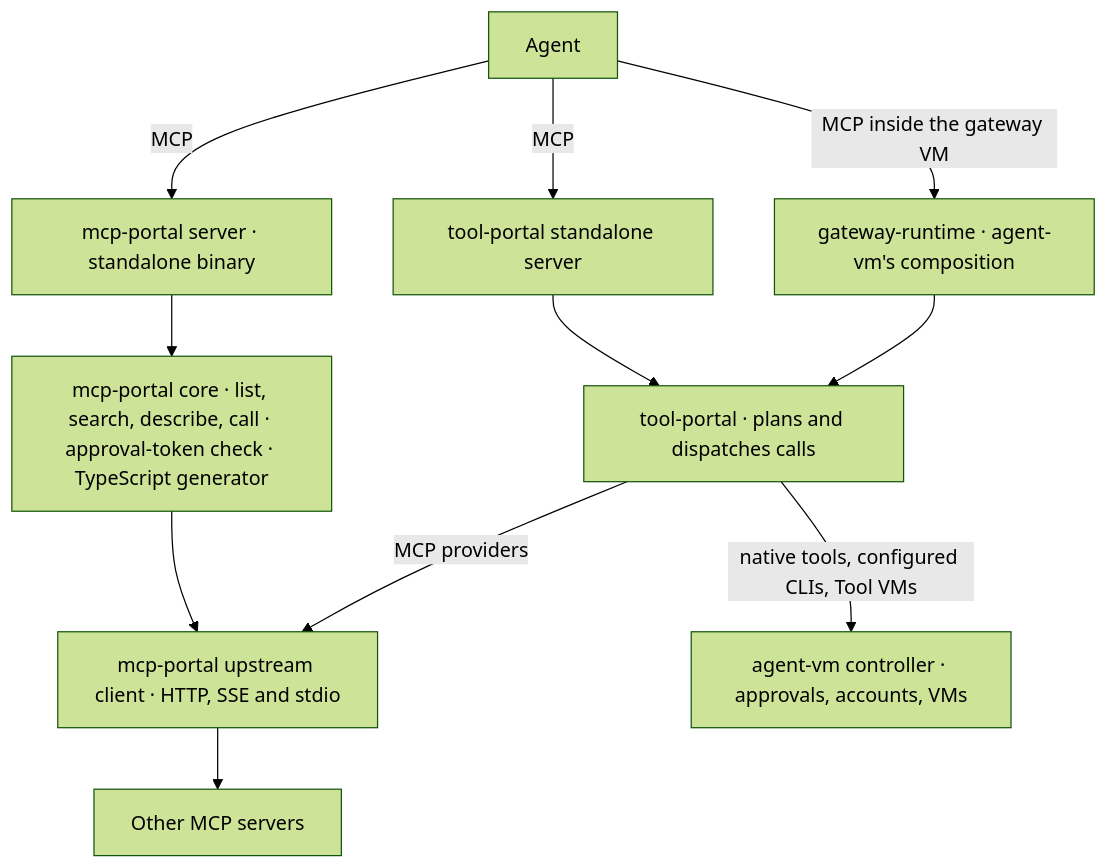
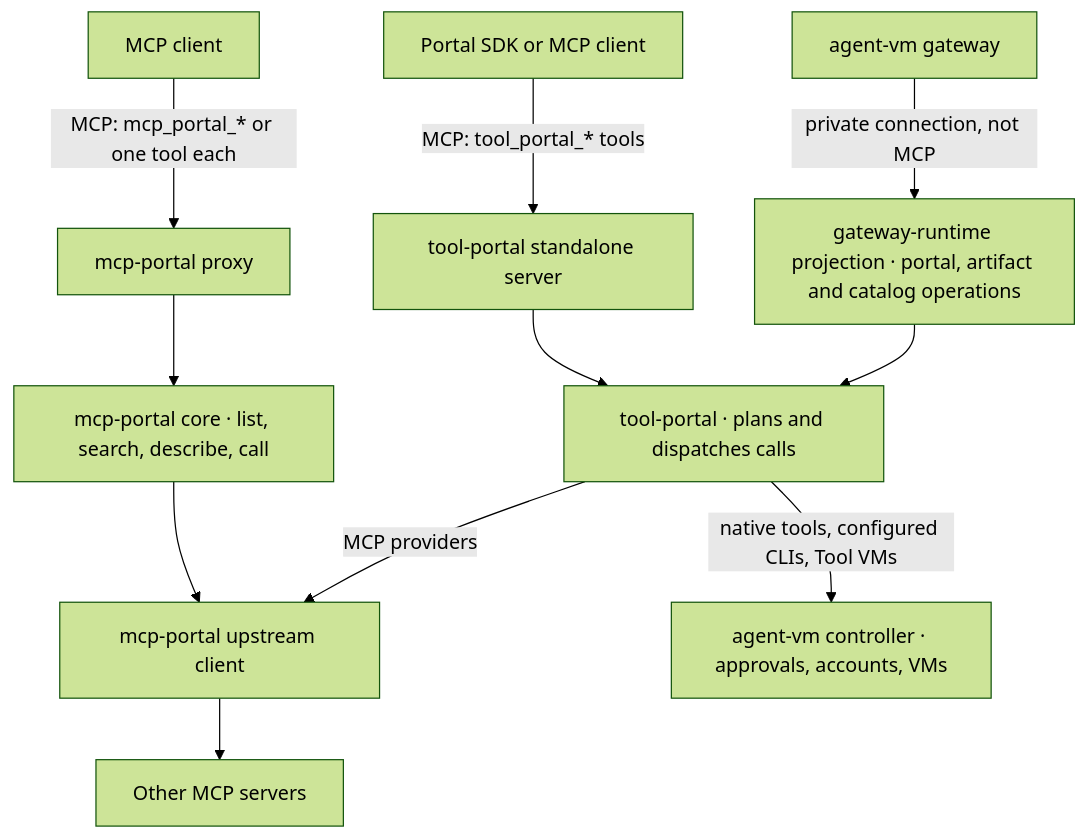
The first of 3 diagrams in docs/specs/2026-10-14-portable-tool-portal-hosts/program-design.md (ShravanSunder/agent-vm), drawn with Mermaid (forest theme) before and after one commit. The commit also changed other lines of this file and 5 other files, not shown here.

````diff
--- a/docs/specs/2026-10-14-portable-tool-portal-hosts/program-design.md
+++ b/docs/specs/2026-10-14-portable-tool-portal-hosts/program-design.md
@@ -15,13 +15,13 @@
 ```mermaid
 flowchart TB
-  Agent[Agent] -->|MCP| Proxy[mcp-portal server · standalone binary]
-  Agent -->|MCP| TPS[tool-portal standalone server]
-  Agent -->|MCP inside the gateway VM| GR[gateway-runtime · agent-vm's composition]
+  GW[agent-vm gateway] -->|private connection, not MCP| GR[gateway-runtime projection · portal, artifact and catalog operations]
+  SDK[Portal SDK or MCP client] -->|MCP: tool_portal_* tools| TPS[tool-portal standalone server]
+  MC[MCP client] -->|MCP: mcp_portal_* or one tool each| Proxy[mcp-portal proxy]
+  GR --> TP[tool-portal · plans and dispatches calls]
   TPS --> TP
-  Proxy --> Core[mcp-portal core · list, search, describe, call · approval-token check · TypeScript generator]
-  Core --> Up[mcp-portal upstream client · HTTP, SSE and stdio]
-  GR --> TP[tool-portal · plans and dispatches calls]
-  TP -->|MCP providers| Up
+  Proxy --> Core[mcp-portal core · list, search, describe, call]
+  TP -->|MCP providers| Up[mcp-portal upstream client]
+  Core --> Up
   TP -->|native tools, configured CLIs, Tool VMs| Ctl[agent-vm controller · approvals, accounts, VMs]
   Up --> Servers[Other MCP servers]
 ```
````
